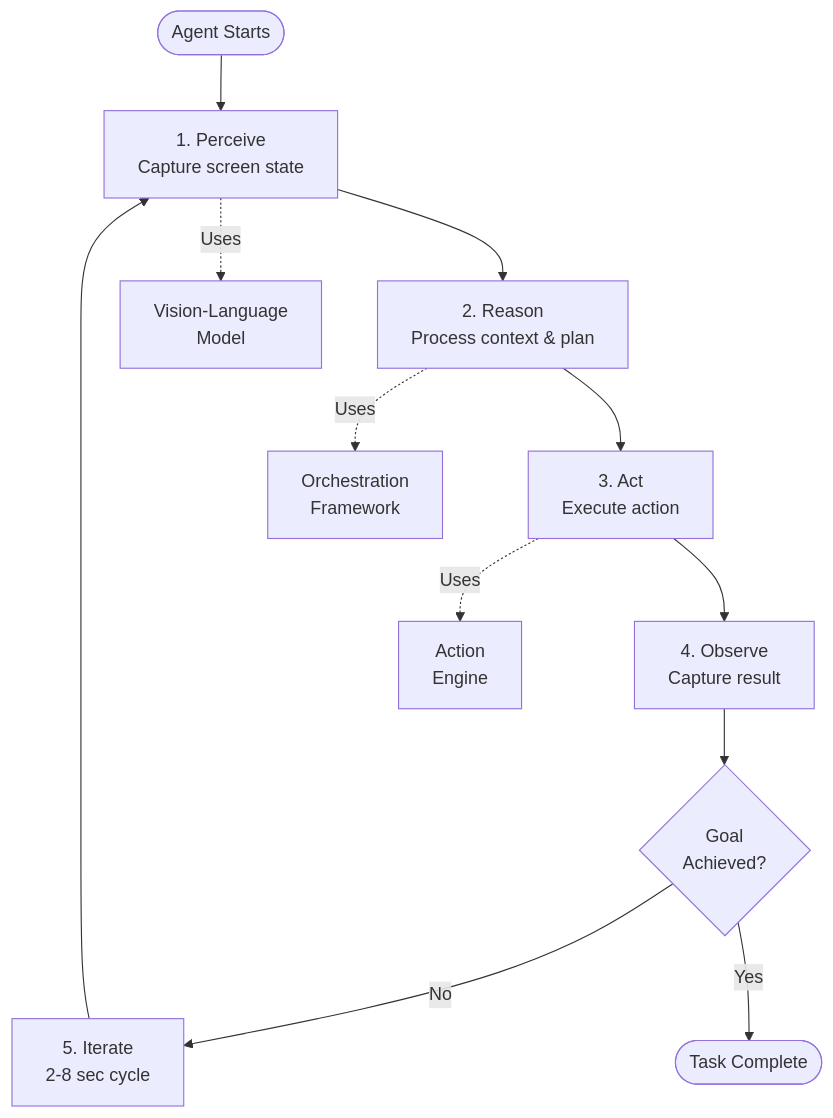
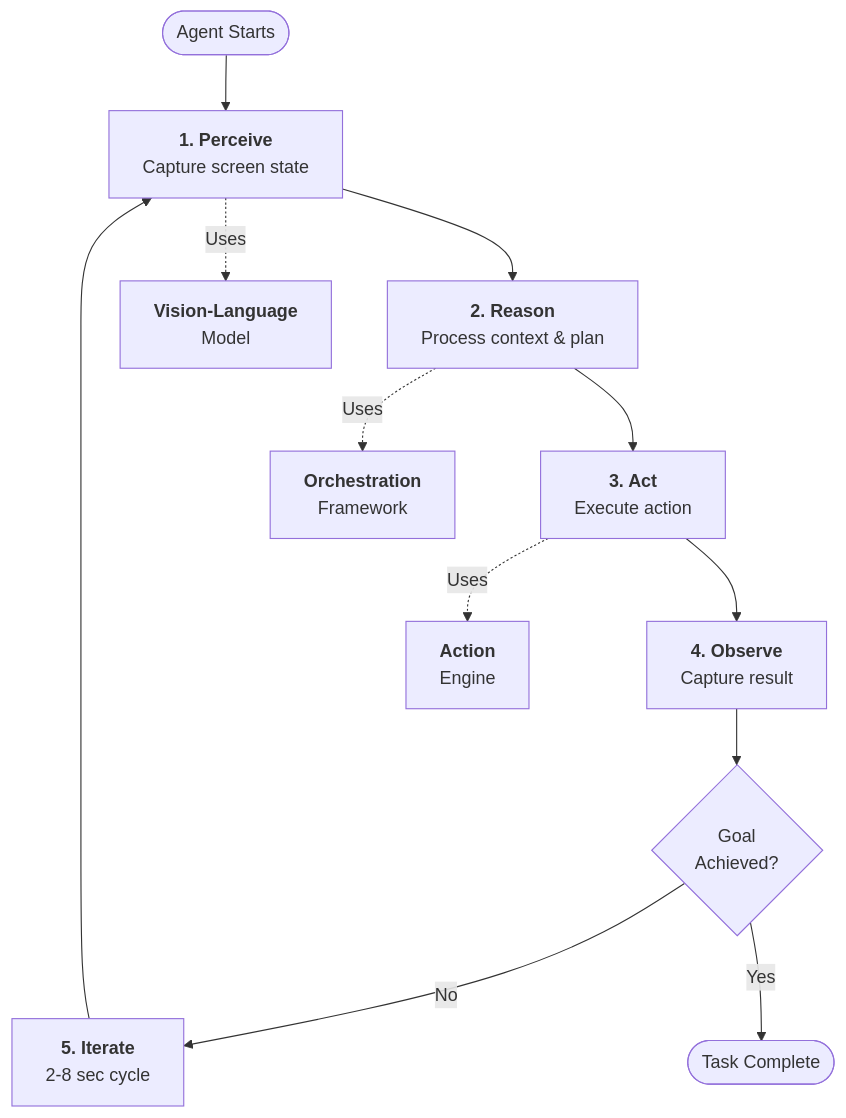
One commit to tallyfy/documentation changed the first of 2 diagrams in src/content/docs/pro/integrations/computer-ai-agents/local-computer-use-agents.mdx. Above: the diagram before and after it, drawn with Mermaid. The commit also changed other lines of this file and 22 other files, not shown here.

Commit message:
Adding changes to Mermaid

````diff
--- a/src/content/docs/pro/integrations/computer-ai-agents/local-computer-use-agents.mdx
+++ b/src/content/docs/pro/integrations/computer-ai-agents/local-computer-use-agents.mdx
@@ -63,20 +63,28 @@
 ```mermaid
 flowchart TD
-    Start([Agent Starts]) --> Perceive[1. Perceive<br/>Capture screen state]
-    Perceive --> Reason[2. Reason<br/>Process context & plan]
-    Reason --> Act[3. Act<br/>Execute action]
-    Act --> Observe[4. Observe<br/>Capture result]
+    Start([Agent Starts]) --> Perceive["`**1. Perceive**
+Capture screen state`"]
+    Perceive --> Reason["`**2. Reason**
+Process context & plan`"]
+    Reason --> Act["`**3. Act**
+Execute action`"]
+    Act --> Observe["`**4. Observe**
+Capture result`"]
     Observe --> Check{Goal<br/>Achieved?}
-    Check -->|No| Iterate[5. Iterate<br/>2-8 sec cycle]
+    Check -->|"`No`"| Iterate["`**5. Iterate**
+2-8 sec cycle`"]
     Iterate --> Perceive
-    Check -->|Yes| Complete([Task Complete])
+    Check -->|"`Yes`"| Complete([Task Complete])
     
     %% Component annotations
-    Perceive -.->|Uses| VLM[Vision-Language<br/>Model]
-    Act -.->|Uses| Engine[Action<br/>Engine]
-    Reason -.->|Uses| Orchestrator[Orchestration<br/>Framework]
+    Perceive -.->|Uses| VLM["`**Vision-Language**
+Model`"]
+    Act -.->|Uses| Engine["`**Action**
+Engine`"]
+    Reason -.->|Uses| Orchestrator["`**Orchestration**
+Framework`"]
     
     click Perceive "/products/pro/integrations/computer-ai-agents/#screen-capture" "Learn about screen capture"
     click Act "/products/pro/integrations/computer-ai-agents/#action-execution" "Action execution details"
     click VLM "#core-architecture-components" "Vision-Language Model details"
 ```
````
